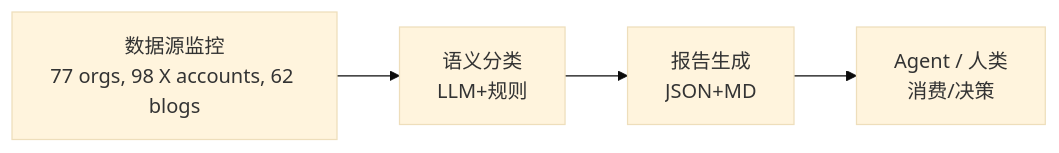
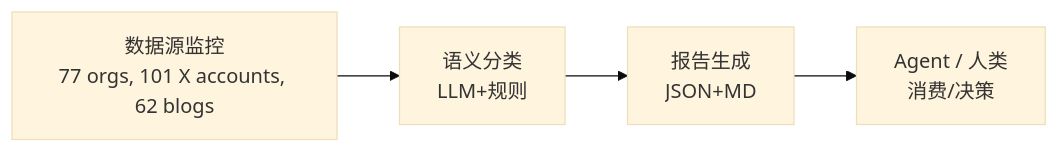
The first of 3 diagrams in README.md (liuxiaotong/ai-dataset-radar), drawn with Mermaid (base theme) before and after one commit. The commit also changed other lines of this file and 1 other file, not shown here.

````diff
--- a/README.md
+++ b/README.md
@@ -31,6 +31,6 @@
 ```mermaid
 graph LR
-    A["数据源监控<br/>77 orgs, 98 X accounts, 62 blogs"] --> B["语义分类<br/>LLM+规则"]
+    A["数据源监控<br/>77 orgs, 101 X accounts, 62 blogs"] --> B["语义分类<br/>LLM+规则"]
     B --> C["报告生成<br/>JSON+MD"]
     C --> D["Agent / 人类<br/>消费/决策"]
 ```
````
